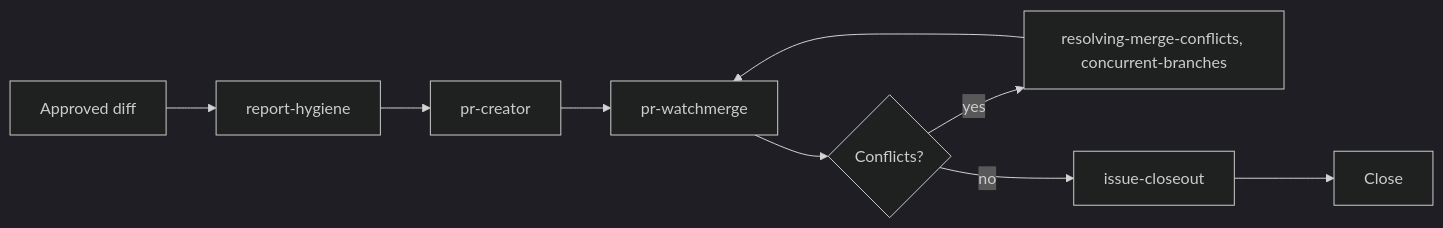
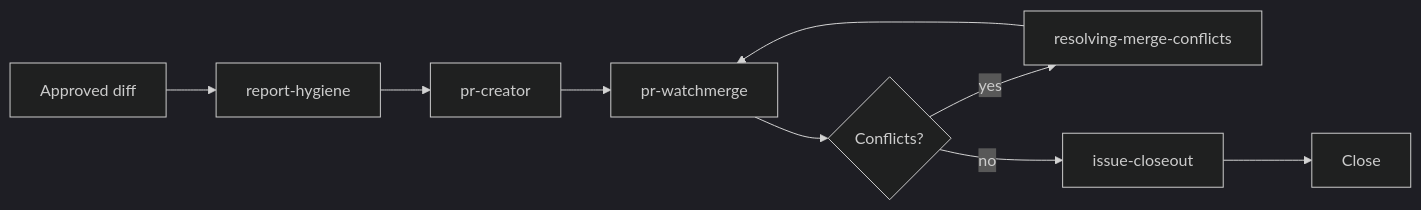
Before and after one commit to FAZuH/agent: the eighth of 14 diagrams in docs/skill-guide.md, drawn with Mermaid (dark theme). The commit also changed other lines of this file and 1 other file, not shown here.

````diff
--- a/docs/skill-guide.md
+++ b/docs/skill-guide.md
@@ -165,11 +156,11 @@
 ```mermaid
 flowchart LR
   G[Approved diff] --> H[report-hygiene]
   H --> P[pr-creator]
   P --> W[pr-watchmerge]
   W --> C{Conflicts?}
-  C -->|yes| R[resolving-merge-conflicts, concurrent-branches]
+  C -->|yes| R[resolving-merge-conflicts]
   R --> W
   C -->|no| I[issue-closeout]
   I --> Cl[Close]
 ```
````
